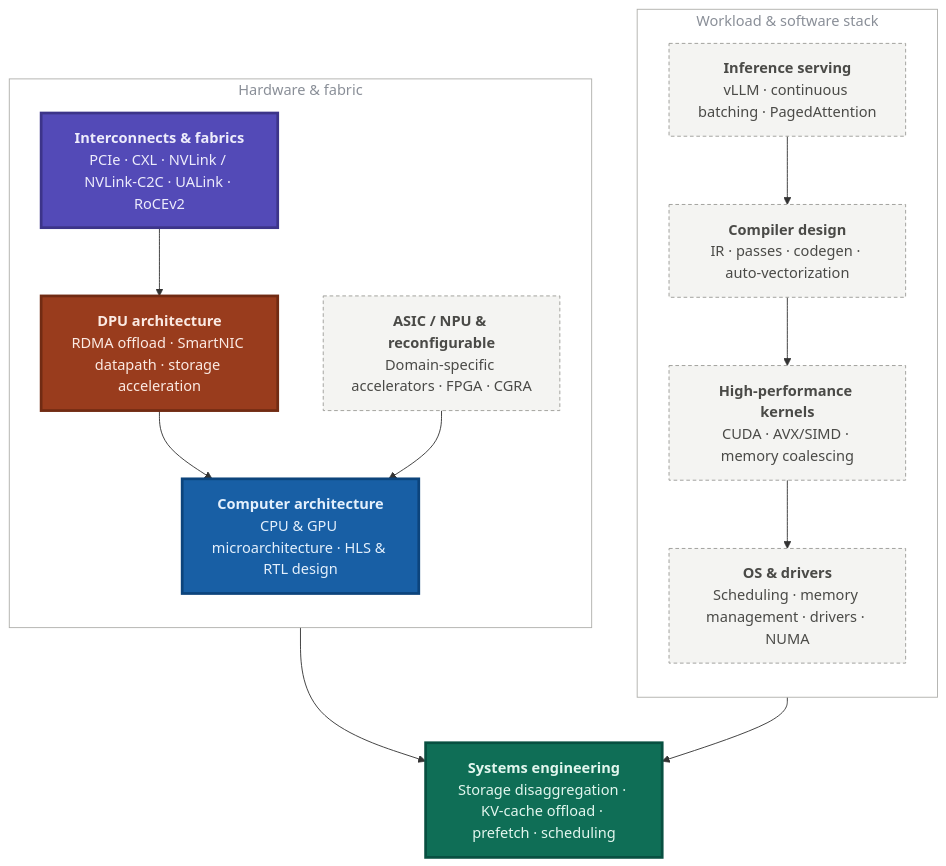
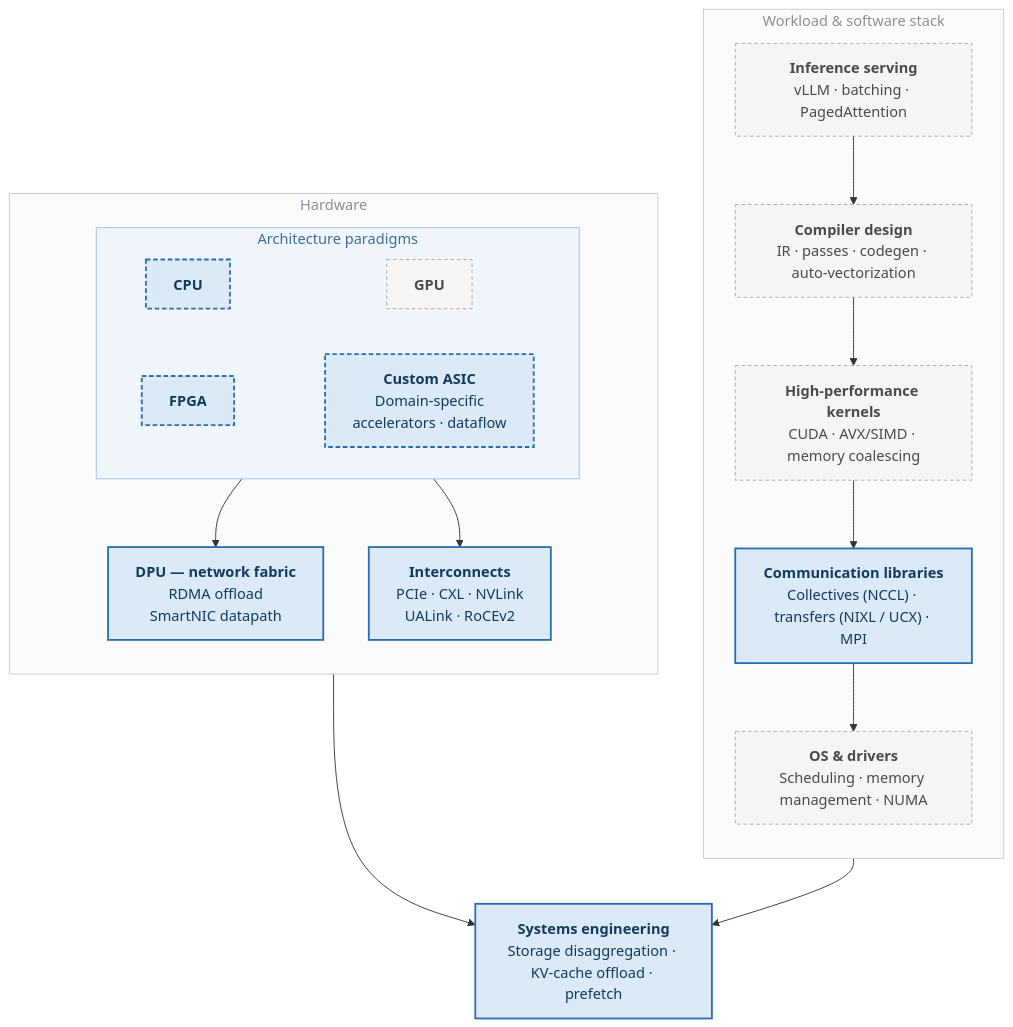
Before and after one commit to KarthikeyaSharma16/karthikeyasharma16.github.io: the diagram in content/_index.md, drawn with Mermaid. The commit also changed other lines of this file and 1 other file, not shown here.

````diff
--- a/content/_index.md
+++ b/content/_index.md
@@ -18,54 +22,76 @@
 ```mermaid
 flowchart TD
     subgraph SW[" Workload &amp; software stack "]
     direction TB
         S1["`**Inference serving**
-        vLLM · continuous batching · PagedAttention`"]
+        vLLM · batching · PagedAttention`"]
         S3["`**Compiler design**
         IR · passes · codegen · auto-vectorization`"]
         S2["`**High-performance kernels**
         CUDA · AVX/SIMD · memory coalescing`"]
+        P5["`**Communication libraries**
+        Collectives (NCCL) · transfers (NIXL / UCX) · MPI`"]
         S4["`**OS & drivers**
-        Scheduling · memory management · drivers · NUMA`"]
+        Scheduling · memory management · NUMA`"]
 
         S1 --> S3
         S3 --> S2
-        S2 --> S4
+        S2 --> P5
+        P5 --> S4
     end
 
-    subgraph HW[" Hardware &amp; fabric "]
+    subgraph HW[" Hardware "]
     direction TB
-        P1["`**Interconnects & fabrics**
-        PCIe · CXL · NVLink / NVLink-C2C · UALink · RoCEv2`"]
-        P2["`**DPU architecture**
-        RDMA offload · SmartNIC datapath · storage acceleration`"]
-        S5["`**ASIC / NPU & reconfigurable**
-        Domain-specific accelerators · FPGA · CGRA`"]
-        P4["`**Computer architecture**
-        CPU & GPU microarchitecture · HLS & RTL design`"]
+        subgraph ARCH[" Architecture paradigms "]
+        direction LR
+            H1["`**CPU**`"]
+            H2["`**GPU**`"]
+            H3["`**FPGA**`"]
+            H4["`**Custom ASIC**
+            Domain-specific
+            accelerators · dataflow`"]
 
-        P1 --> P2
-        P2 --> P4
-        S5 --> P4
+            %% Invisible links: Mermaid ignores a subgraph's `direction` once the
+            %% subgraph has edges crossing its boundary, so without these the four
+            %% paradigms stack in a single column. Two separate chains lay them
+            %% out as a 2x2 grid.
+            H1 ~~~ H2
+            H3 ~~~ H4
+        end
+
+        P2["`**DPU — network fabric**
+        RDMA offload
+        SmartNIC datapath`"]
+
+        P1["`**Interconnects**
+        PCIe · CXL · NVLink
+        UALink · RoCEv2`"]
+
+        ARCH --> P2
+        ARCH --> P1
     end
 
     P3["`**Systems engineering**
-    Storage disaggregation · KV-cache offload · prefetch · scheduling`"]
+    Storage disaggregation · KV-cache offload · prefetch`"]
 
+    HW --> P3
     S4 --> P3
-    P4 --> P3
 
-    style P1 fill:#534AB7,stroke:#3C3489,color:#EDECFB,stroke-width:3px
-    style P2 fill:#993C1D,stroke:#712B13,color:#FBEAE3,stroke-width:3px
-    style P3 fill:#0F6E56,stroke:#085041,color:#E2F6EE,stroke-width:3px
-    style P4 fill:#185FA5,stroke:#0C447C,color:#E4F0FC,stroke-width:3px
+    style P1 fill:#DCEAF8,stroke:#2A6DB0,color:#123A5E,stroke-width:2px
+    style P2 fill:#DCEAF8,stroke:#2A6DB0,color:#123A5E,stroke-width:2px
+    style P3 fill:#DCEAF8,stroke:#2A6DB0,color:#123A5E,stroke-width:2px
+    style P5 fill:#DCEAF8,stroke:#2A6DB0,color:#123A5E,stroke-width:2px
+    style H1 fill:#DCEAF8,stroke:#2A6DB0,color:#123A5E,stroke-width:2px,stroke-dasharray:5 3
+    style H2 fill:#F5F5F3,stroke:#A9A9A4,color:#4A4A47,stroke-dasharray:4 3
+    style H3 fill:#DCEAF8,stroke:#2A6DB0,color:#123A5E,stroke-width:2px,stroke-dasharray:5 3
+    style H4 fill:#DCEAF8,stroke:#2A6DB0,color:#123A5E,stroke-width:2px,stroke-dasharray:5 3
 
-    style S1 fill:#F4F4F2,stroke:#9B9B97,color:#4A4A47,stroke-dasharray:4 3
-    style S2 fill:#F4F4F2,stroke:#9B9B97,color:#4A4A47,stroke-dasharray:4 3
-    style S3 fill:#F4F4F2,stroke:#9B9B97,color:#4A4A47,stroke-dasharray:4 3
-    style S4 fill:#F4F4F2,stroke:#9B9B97,color:#4A4A47,stroke-dasharray:4 3
-    style S5 fill:#F4F4F2,stroke:#9B9B97,color:#4A4A47,stroke-dasharray:4 3
+    style S1 fill:#F5F5F3,stroke:#A9A9A4,color:#4A4A47,stroke-dasharray:4 3
+    style S2 fill:#F5F5F3,stroke:#A9A9A4,color:#4A4A47,stroke-dasharray:4 3
+    style S3 fill:#F5F5F3,stroke:#A9A9A4,color:#4A4A47,stroke-dasharray:4 3
+    style S4 fill:#F5F5F3,stroke:#A9A9A4,color:#4A4A47,stroke-dasharray:4 3
 
-    style SW fill:none,stroke:#B0B0AC,color:#8A8F98
-    style HW fill:none,stroke:#B0B0AC,color:#8A8F98
+    style SW fill:#FBFBFA,stroke:#C9C9C4,color:#8A8F98
+    style ARCH fill:#EFF5FB,stroke:#9EC0E0,color:#3F6C97
+    style HW fill:#FBFBFA,stroke:#C9C9C4,color:#8A8F98
 ```
````
